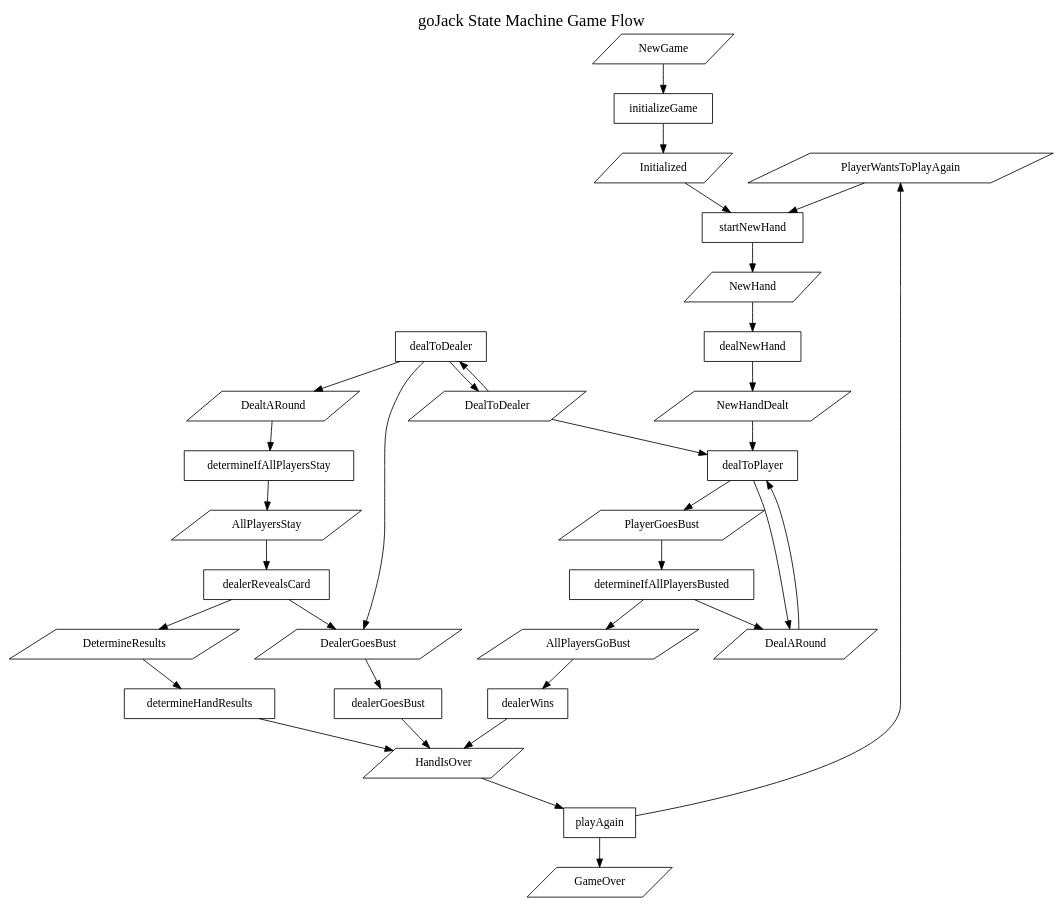
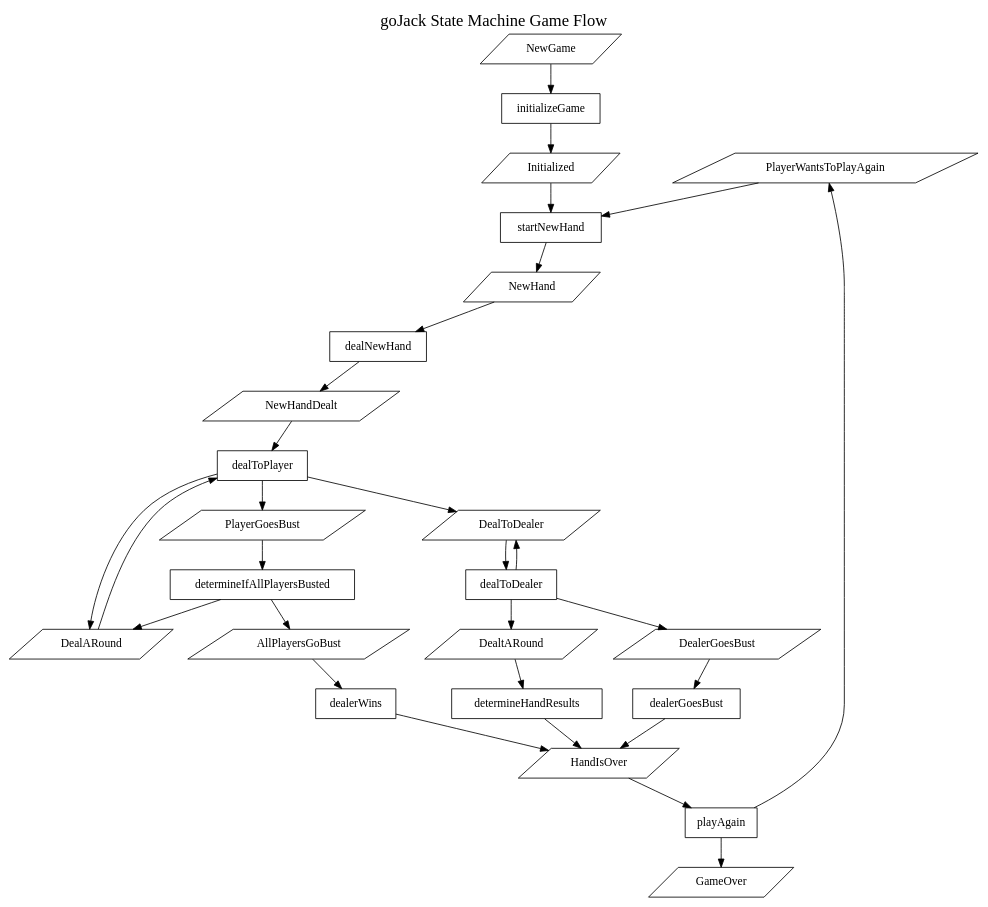
Before and after one commit to matthewapeters/goJack: the diagram in dot/state-diagram.dot, drawn with Graphviz. The commit also changed 5 other files, not shown here.

Commit message:
refine game flow (unnecessary state: AllPlayersStay removed)

```diff
--- a/dot/state-diagram.dot
+++ b/dot/state-diagram.dot
@@ -1,54 +1,48 @@
 
 #
 # This file is created through the execution of graph-game
 # do not edit this file.
 #
 # Copyright (c) Matthew Peters, 2023
 #
 digraph {
     labelloc=t
     fontsize=20
     label="goJack State Machine Game Flow"
     rankdir="TB"
     PlayerWantsToPlayAgain [shape="parallelogram"]
     PlayerGoesBust [shape="parallelogram"]
     NewHandDealt [shape="parallelogram"]
     NewHand [shape="parallelogram"]
     NewGame [shape="parallelogram"]
     Initialized [shape="parallelogram"]
     HandIsOver [shape="parallelogram"]
     GameOver [shape="parallelogram"]
-    DetermineResults [shape="parallelogram"]
     DealtARound [shape="parallelogram"]
     DealerGoesBust [shape="parallelogram"]
     DealToDealer [shape="parallelogram"]
     DealARound [shape="parallelogram"]
-    AllPlayersStay [shape="parallelogram"]
     AllPlayersGoBust [shape="parallelogram"]
 
     playAgain [shape="box"]
     determineHandResults [shape="box"]
     dealerWins [shape="box"]
     dealerGoesBust [shape="box"]
-    dealerRevealsCard [shape="box"]
     determineIfAllPlayersBusted [shape="box"]
-    determineIfAllPlayersStay [shape="box"]
     dealToDealer [shape="box"]
     dealToPlayer [shape="box"]
     dealNewHand [shape="box"]
     startNewHand [shape="box"]
     initializeGame [shape="box"]
 
     { HandIsOver } -> playAgain -> { PlayerWantsToPlayAgain GameOver }
-    { DetermineResults } -> determineHandResults -> { HandIsOver }
+    { DealtARound } -> determineHandResults -> { HandIsOver }
     { AllPlayersGoBust } -> dealerWins -> { HandIsOver }
     { DealerGoesBust } -> dealerGoesBust -> { HandIsOver }
-    { AllPlayersStay } -> dealerRevealsCard -> { DetermineResults DealerGoesBust }
     { PlayerGoesBust } -> determineIfAllPlayersBusted -> { DealARound AllPlayersGoBust }
-    { DealtARound } -> determineIfAllPlayersStay -> { AllPlayersStay }
     { DealToDealer } -> dealToDealer -> { DealToDealer DealtARound DealerGoesBust }
-    { DealARound DealToDealer NewHandDealt } -> dealToPlayer -> { DealARound PlayerGoesBust }
+    { DealARound NewHandDealt } -> dealToPlayer -> { DealARound PlayerGoesBust DealToDealer }
     { NewHand } -> dealNewHand -> { NewHandDealt }
     { Initialized PlayerWantsToPlayAgain } -> startNewHand -> { NewHand }
     { NewGame } -> initializeGame -> { Initialized }
 }
```
